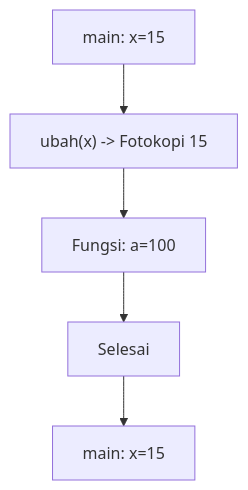
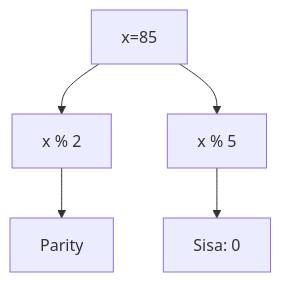
Before and after one commit to amnahwaida/OSNK_INF_PREP: the sixth of 25 diagrams in part-c-pemahaman-cpp/04-fungsi/latihan/set-07.md, drawn with Mermaid. The commit also changed other lines of this file and 71 other files, not shown here.

````diff
--- a/part-c-pemahaman-cpp/04-fungsi/latihan/set-07.md
+++ b/part-c-pemahaman-cpp/04-fungsi/latihan/set-07.md
@@ -226,7 +176,7 @@
 ```mermaid
 graph TD
-    A[main: x=15] --> B["ubah(x) -> Fotokopi 15"]
-    B --> C[Fungsi: a=100]
-    C --> D[Selesai]
-    D --> E[main: x=15]
+A[x=85] --> B[x % 2]
+B --> C[Parity]
+A --> D[x % 5]
+D --> E[Sisa: 0]
 ```
````
